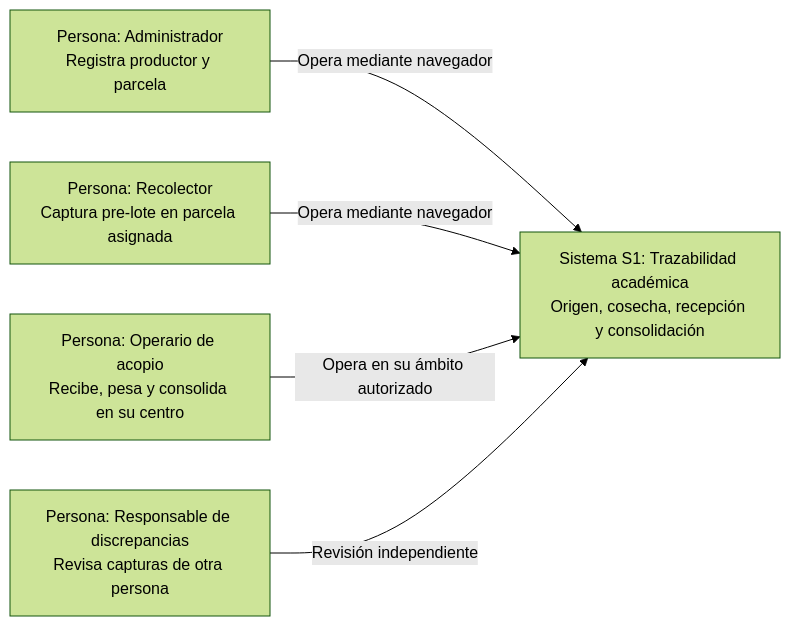
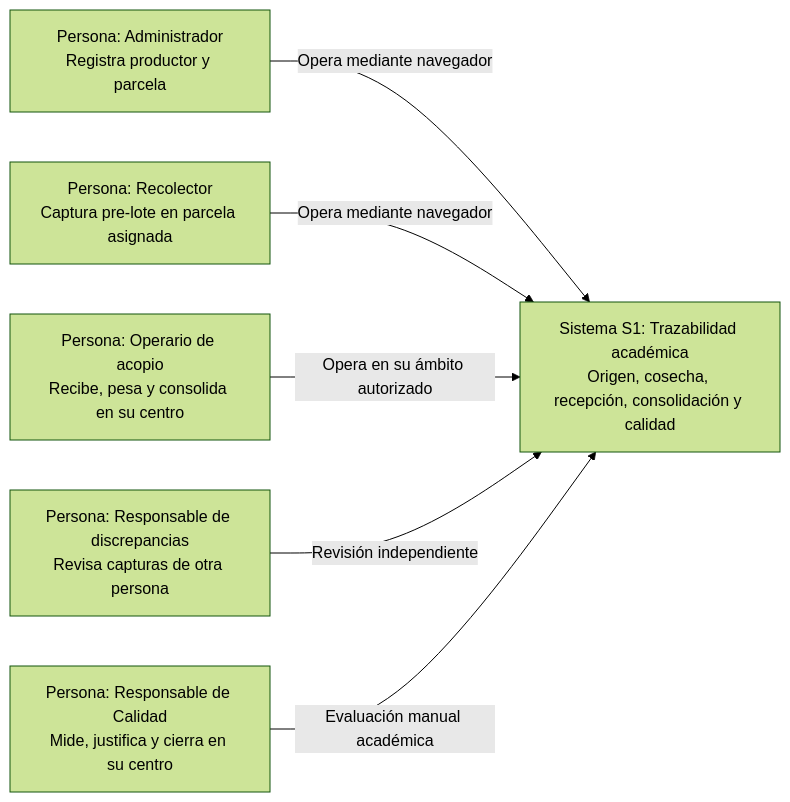
Before and after one commit to carlosgaraundo27-svg/Trazabilidad-Agricola-Arquitectura: the first of 6 diagrams in docs/04-modelo-c4/modelo-c4.md, drawn with Mermaid (forest theme). The commit also changed other lines of this file and 26 other files, not shown here.

````diff
--- a/docs/04-modelo-c4/modelo-c4.md
+++ b/docs/04-modelo-c4/modelo-c4.md
@@ -15,12 +15,14 @@
 ```mermaid
 flowchart LR
   ADMIN["Persona: Administrador<br/>Registra productor y parcela"]
   CAMPO["Persona: Recolector<br/>Captura pre-lote en parcela asignada"]
   ACOPIO["Persona: Operario de acopio<br/>Recibe, pesa y consolida en su centro"]
   RESPONSABLE["Persona: Responsable de discrepancias<br/>Revisa capturas de otra persona"]
-  S1["Sistema S1: Trazabilidad académica<br/>Origen, cosecha, recepción y consolidación"]
+  CALIDAD["Persona: Responsable de Calidad<br/>Mide, justifica y cierra en su centro"]
+  S1["Sistema S1: Trazabilidad académica<br/>Origen, cosecha, recepción, consolidación y calidad"]
   ADMIN -->|"Opera mediante navegador"| S1
   CAMPO -->|"Opera mediante navegador"| S1
   ACOPIO -->|"Opera en su ámbito autorizado"| S1
   RESPONSABLE -->|"Revisión independiente"| S1
+  CALIDAD -->|"Evaluación manual académica"| S1
 ```
````
